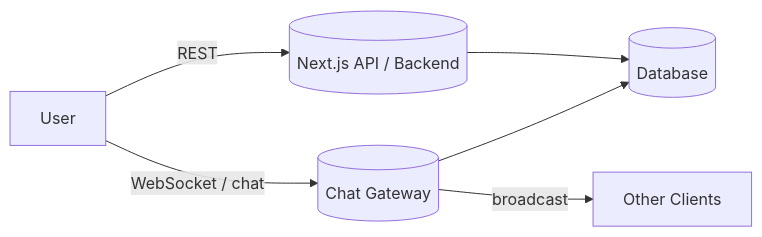
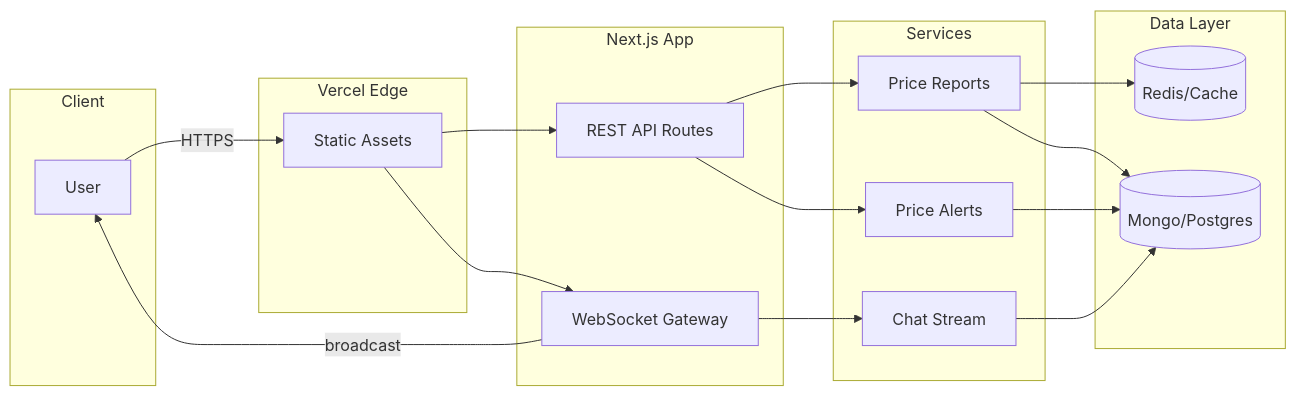
One commit to oussamatght/ChoufPrice-DZ-Platform changed the diagram in README.md. Above: the diagram before and after it, drawn with Mermaid.

Commit message:
docs: refine architecture mermaid

````diff
--- a/README.md
+++ b/README.md
@@ -223,8 +223,42 @@
 ```mermaid
 flowchart LR
-   User["User"] -->|WebSocket / chat| WS[(Chat Gateway)]
-   User -->|REST| API[(Next.js API / Backend)]
-   WS --> DB[(Database)]
-   API --> DB
-   WS -->|broadcast| Clients["Other Clients"]
+   %% Client / Edge
+   subgraph Client[Client]
+      U[User]
+   end
+
+   subgraph Edge[Vercel Edge]
+      CDN[Static Assets]
+   end
+
+   subgraph App[Next.js App]
+      API[REST API Routes]
+      WS[WebSocket Gateway]
+   end
+
+   subgraph Services[Services]
+      Alerts[Price Alerts]
+      Reports[Price Reports]
+      Chat[Chat Stream]
+   end
+
+   subgraph Data[Data Layer]
+      Cache[(Redis/Cache)]
+      DB[(Mongo/Postgres)]
+   end
+
+   U -->|HTTPS| CDN
+   CDN --> API
+   CDN --> WS
+
+   API --> Reports
+   API --> Alerts
+   WS  --> Chat
+
+   Reports --> DB
+   Alerts  --> DB
+   Chat    --> DB
+   Reports --> Cache
+
+   WS -->|broadcast| U
 ```
````
